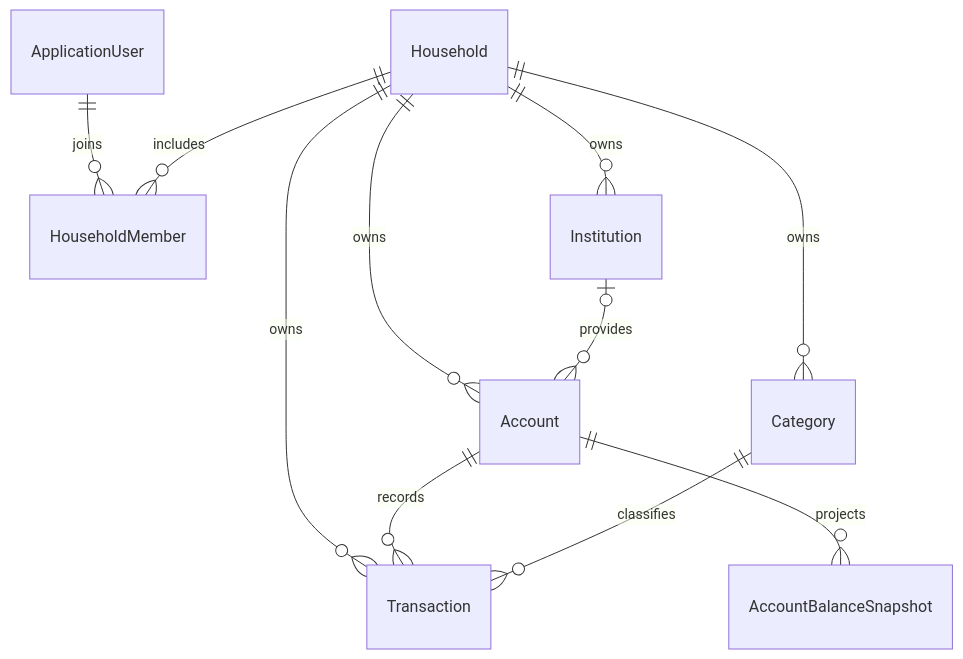
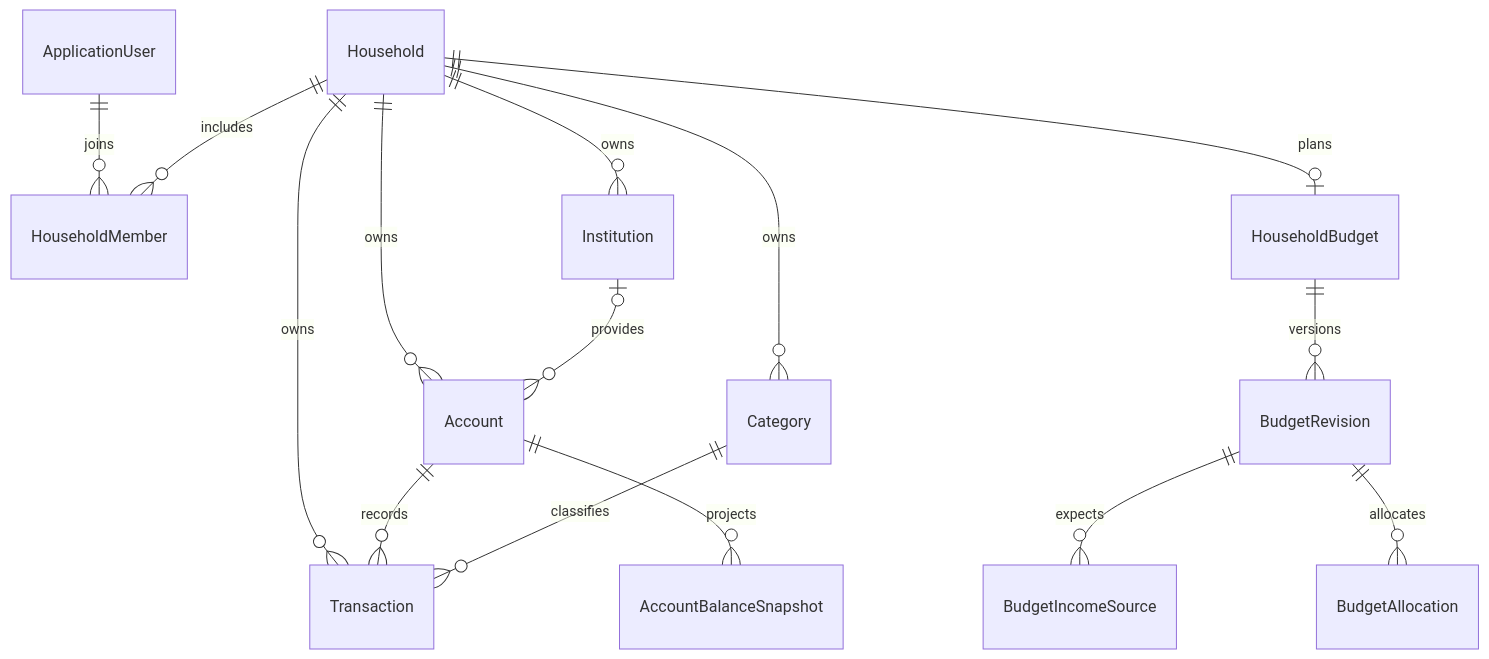
One commit to Bigger-Debbie/Coiny changed the diagram in docs/02-domain-blueprint.md. Above: the diagram before and after it, drawn with Mermaid. The commit also changed other lines of this file and 48 other files, not shown here.

````diff
--- a/docs/02-domain-blueprint.md
+++ b/docs/02-domain-blueprint.md
@@ -25,13 +33,17 @@
 ```mermaid
 erDiagram
     ApplicationUser ||--o{ HouseholdMember : joins
     Household ||--o{ HouseholdMember : includes
     Household ||--o{ Institution : owns
     Household ||--o{ Account : owns
     Household ||--o{ Category : owns
     Household ||--o{ Transaction : owns
     Institution o|--o{ Account : provides
     Account ||--o{ Transaction : records
     Category ||--o{ Transaction : classifies
     Account ||--o{ AccountBalanceSnapshot : projects
+    Household ||--o| HouseholdBudget : plans
+    HouseholdBudget ||--o{ BudgetRevision : versions
+    BudgetRevision ||--o{ BudgetIncomeSource : expects
+    BudgetRevision ||--o{ BudgetAllocation : allocates
 ```
````
